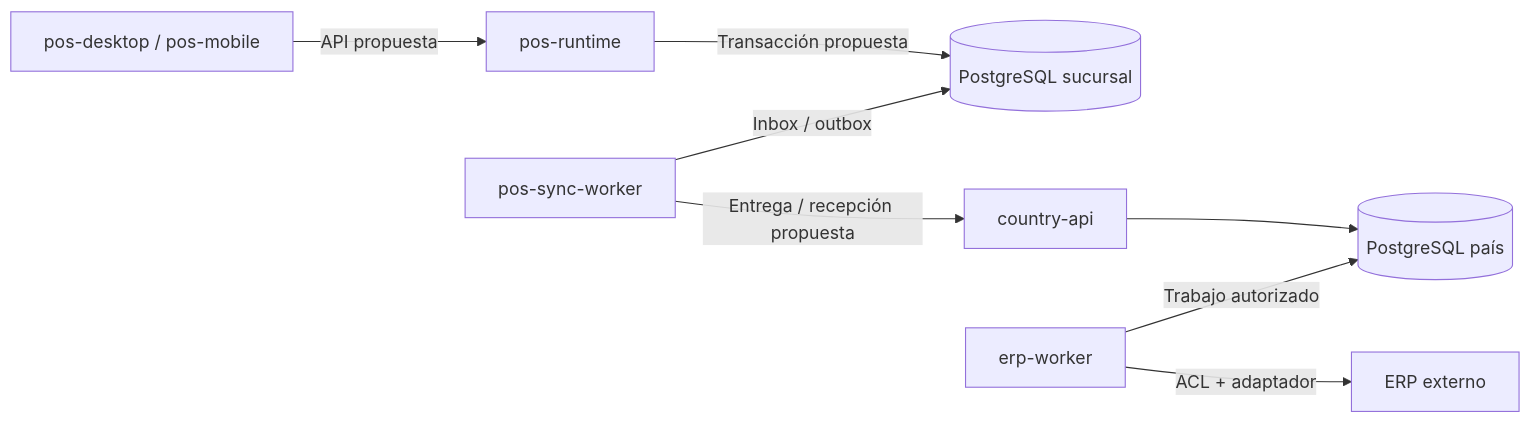
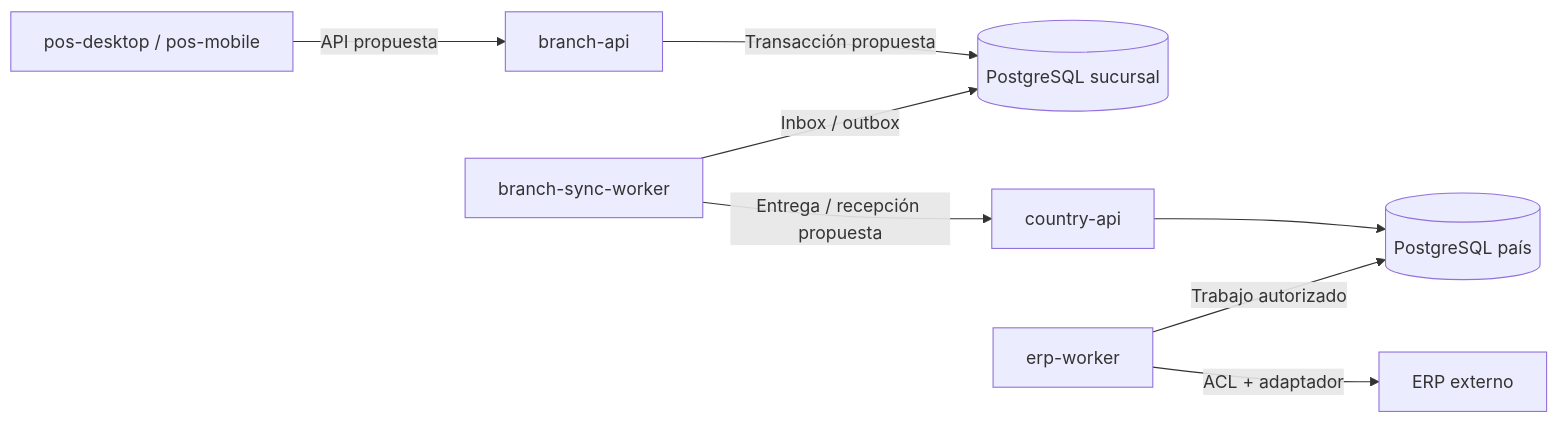
One commit to floxcristian/pos-platform changed the diagram in docs/monorepo.md. Above: the diagram before and after it, drawn with Mermaid. The commit also changed other lines of this file and 49 other files, not shown here.

Commit message:
refactor(backend): name branch API and synchronization worker explicitly

````diff
--- a/docs/monorepo.md
+++ b/docs/monorepo.md
@@ -256,10 +264,10 @@
 ```mermaid
 flowchart LR
-    Client["pos-desktop / pos-mobile"] -->|"API propuesta"| Branch["pos-runtime"]
+    Client["pos-desktop / pos-mobile"] -->|"API propuesta"| Branch["branch-api"]
     Branch -->|"Transacción propuesta"| Local[("PostgreSQL sucursal")]
-    Sync["pos-sync-worker"] -->|"Entrega / recepción propuesta"| Country["country-api"]
+    Sync["branch-sync-worker"] -->|"Entrega / recepción propuesta"| Country["country-api"]
     Sync -->|"Inbox / outbox"| Local
     Country --> Central[("PostgreSQL país")]
     ERP["erp-worker"] -->|"Trabajo autorizado"| Central
     ERP -->|"ACL + adaptador"| External["ERP externo"]
 ```
````
